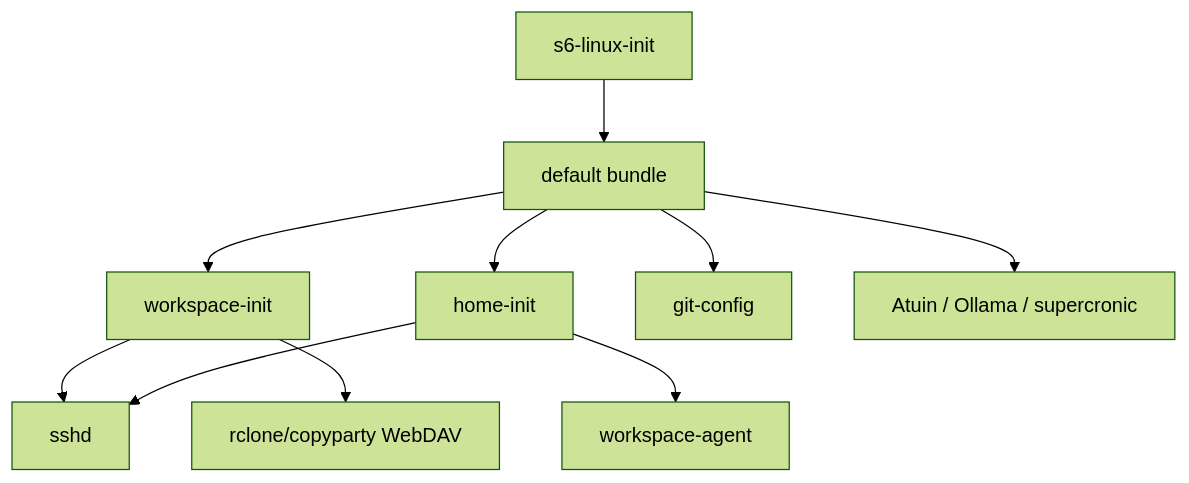
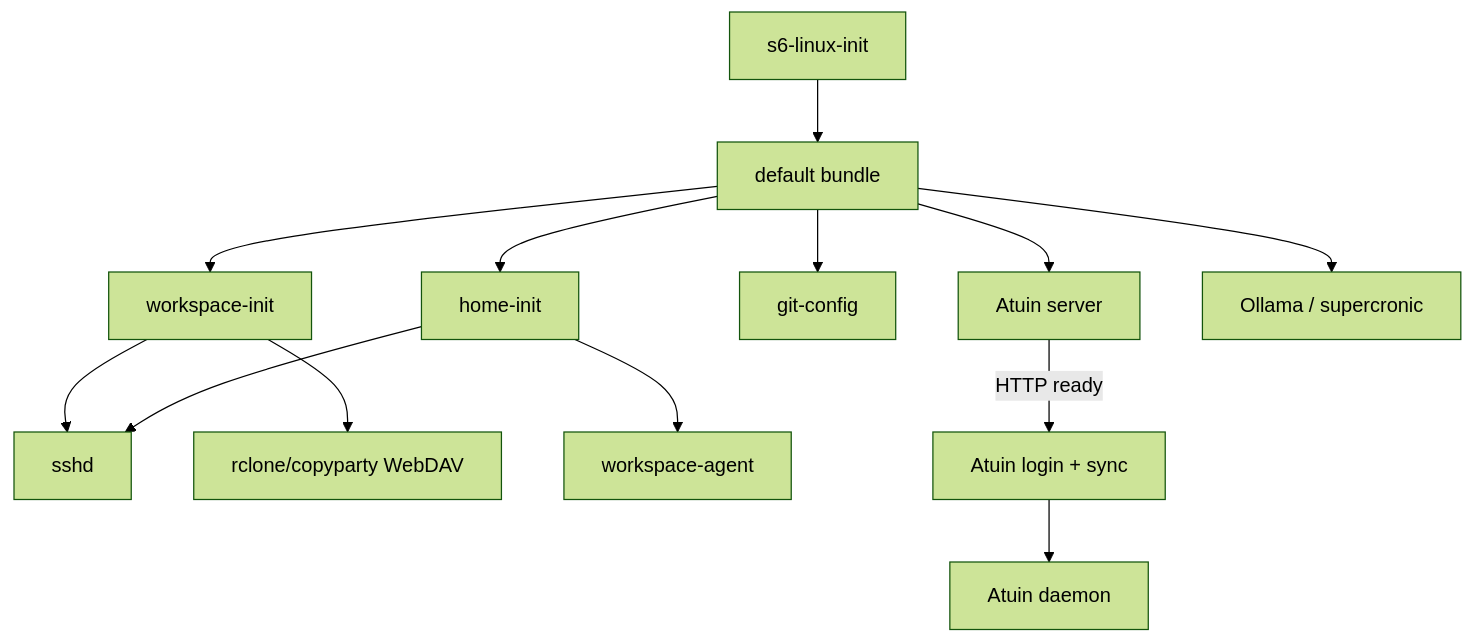
One commit to curoky/codespace changed the second of 3 diagrams in platform/container/workspace/DESIGN.md. Above: the diagram before and after it, drawn with Mermaid (forest theme). The commit also changed other lines of this file and 13 other files, not shown here.

First line of the commit message:
chore: add atuin server and login service setup for workspace

````diff
--- a/platform/container/workspace/DESIGN.md
+++ b/platform/container/workspace/DESIGN.md
@@ -26,12 +26,15 @@
 ```mermaid
 flowchart TD
     Init["s6-linux-init"] --> Default["default bundle"]
     Default --> WorkspaceInit["workspace-init"]
     Default --> HomeInit["home-init"]
     Default --> GitConfig["git-config"]
     WorkspaceInit --> SSHD["sshd"]
     HomeInit --> SSHD
     WorkspaceInit --> WebDAV["rclone/copyparty WebDAV"]
     HomeInit --> Agent["workspace-agent"]
-    Default --> Other["Atuin / Ollama / supercronic"]
+    Default --> AtuinServer["Atuin server"]
+    AtuinServer -->|HTTP ready| AtuinLogin["Atuin login + sync"]
+    AtuinLogin --> AtuinDaemon["Atuin daemon"]
+    Default --> Other["Ollama / supercronic"]
 ```
````
